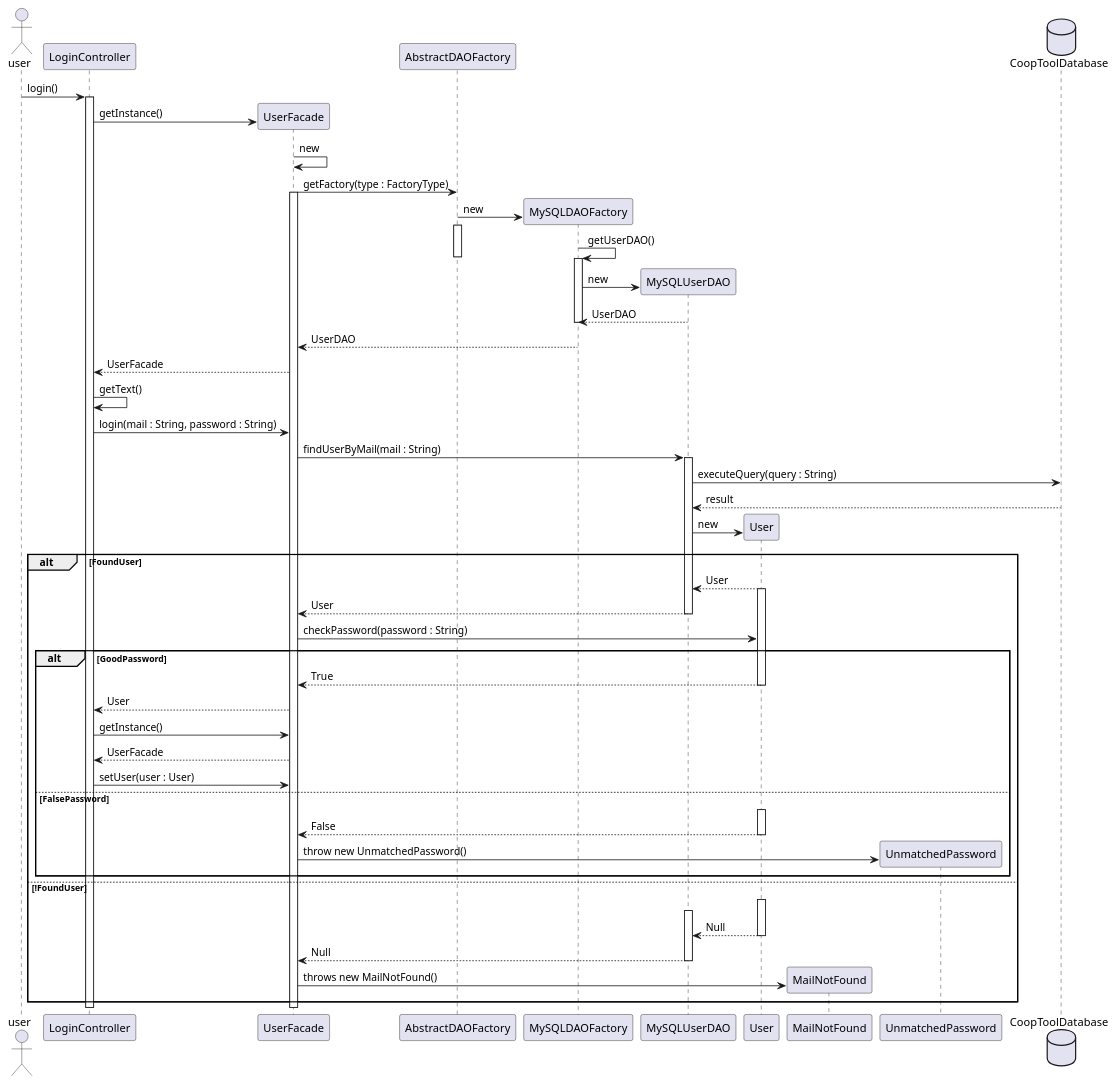
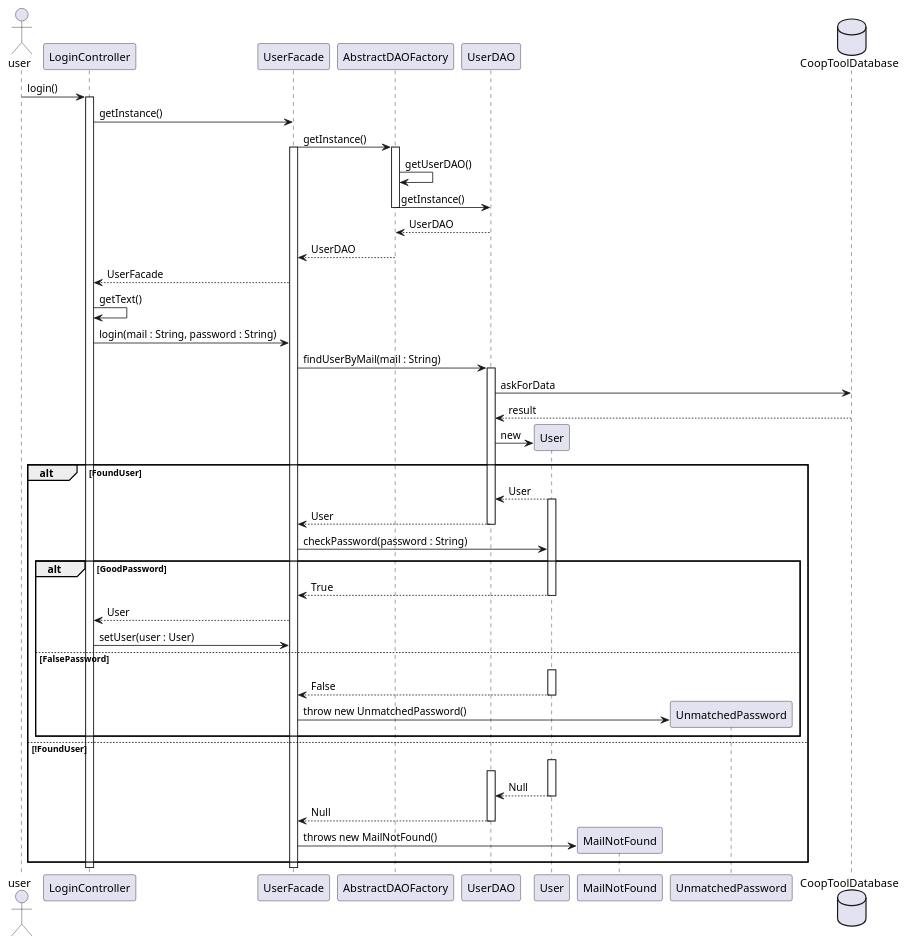
One commit to Guillaume-Dufour/coopToolProject changed the diagram in ext/sequenceDiag/loginDiagram.puml. Above: the diagram before and after it, drawn with PlantUML. The commit also changed 1 other file, not shown here.

```diff
--- a/ext/sequenceDiag/loginDiagram.puml
+++ b/ext/sequenceDiag/loginDiagram.puml
@@ -1,81 +1,70 @@
 @startuml
 
 actor user
 participant LoginController
 participant UserFacade
 participant AbstractDAOFactory
-participant MySQLDAOFactory
-participant MySQLUserDAO
+participant UserDAO
 participant User
 participant MailNotFound
 participant UnmatchedPassword
 database CoopToolDatabase
 
 user -> LoginController : login()
 activate LoginController
-create UserFacade
 LoginController -> UserFacade  : getInstance()
-UserFacade -> UserFacade : new
-UserFacade -> AbstractDAOFactory : getFactory(type : FactoryType)
+UserFacade -> AbstractDAOFactory : getInstance()
 activate UserFacade
-create MySQLDAOFactory
-AbstractDAOFactory -> MySQLDAOFactory : new
 activate AbstractDAOFactory
-MySQLDAOFactory -> MySQLDAOFactory : getUserDAO()
+AbstractDAOFactory -> AbstractDAOFactory : getUserDAO()
+AbstractDAOFactory -> UserDAO : getInstance()
 deactivate AbstractDAOFactory
-create MySQLUserDAO
-activate MySQLDAOFactory
-MySQLDAOFactory -> MySQLUserDAO : new
-MySQLUserDAO --> MySQLDAOFactory : UserDAO
-deactivate MySQLDAOFactory
-MySQLDAOFactory --> UserFacade : UserDAO
+UserDAO --> AbstractDAOFactory : UserDAO
+AbstractDAOFactory --> UserFacade : UserDAO
 UserFacade --> LoginController : UserFacade
 LoginController -> LoginController : getText()
 
 LoginController -> UserFacade : login(mail : String, password : String)
-UserFacade -> MySQLUserDAO : findUserByMail(mail : String)
-activate MySQLUserDAO
-MySQLUserDAO -> CoopToolDatabase : executeQuery(query : String)
-CoopToolDatabase --> MySQLUserDAO : result
+UserFacade -> UserDAO : findUserByMail(mail : String)
+activate UserDAO
+UserDAO -> CoopToolDatabase : askForData
+CoopToolDatabase --> UserDAO : result
 create User
-MySQLUserDAO -> User : new
+UserDAO -> User : new
 
 alt FoundUser
-    User --> MySQLUserDAO : User
+    User --> UserDAO : User
     activate User
-    MySQLUserDAO --> UserFacade : User
-    deactivate MySQLUserDAO
+    UserDAO --> UserFacade : User
+    deactivate UserDAO
     UserFacade -> User : checkPassword(password : String)
     alt GoodPassword
         User --> UserFacade : True
         deactivate User
         UserFacade --> LoginController : User
-        LoginController -> UserFacade : getInstance()
-        UserFacade --> LoginController : UserFacade
         LoginController -> UserFacade : setUser(user : User)
     else FalsePassword
         UserFacade -[hidden]> User
         activate User
         User --> UserFacade : False
         deactivate User
         create UnmatchedPassword
         UserFacade -> UnmatchedPassword : throw new UnmatchedPassword()
     end
 else !FoundUser
-    MySQLUserDAO -[hidden]> User
+    UserDAO -[hidden]> User
     activate User
-    User -[hidden]> MySQLUserDAO
-    activate MySQLUserDAO
-    User --> MySQLUserDAO : Null
+    User -[hidden]> UserDAO
+    activate UserDAO
+    User --> UserDAO : Null
     deactivate User
-    MySQLUserDAO --> UserFacade : Null
-    deactivate MySQLUserDAO
-    deactivate MySQLDAOFactory
+    UserDAO --> UserFacade : Null
+    deactivate UserDAO
     create MailNotFound
     UserFacade -> MailNotFound : throws new MailNotFound()
 end
 
 deactivate LoginController
 deactivate UserFacade
 
 @enduml
```
